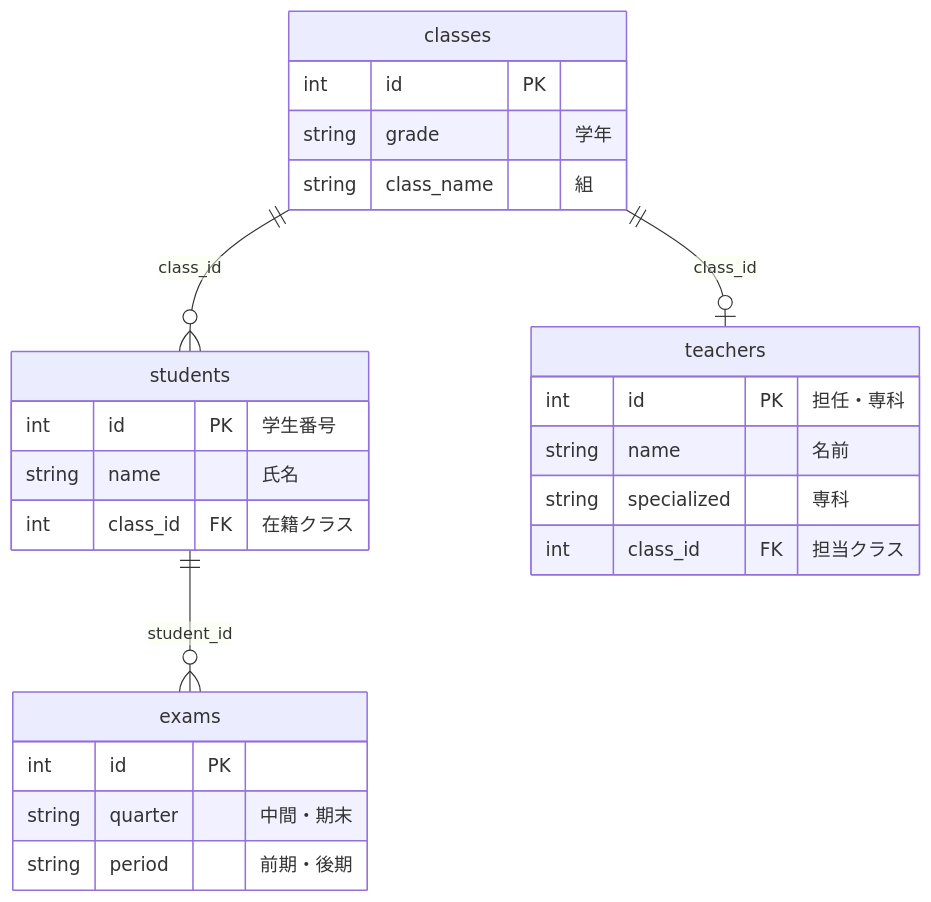
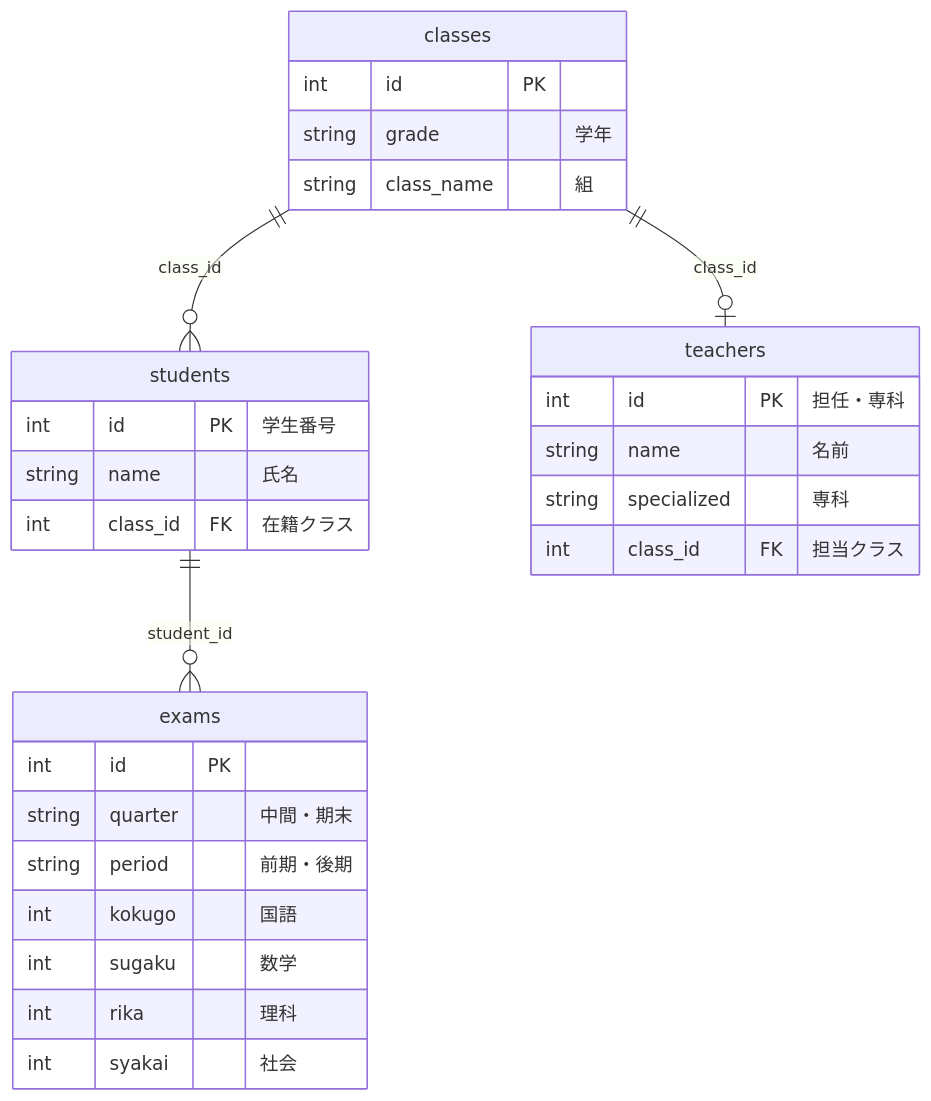
One commit to linuxfirstMint/your-school changed the diagram in grade-management/doc/er_design.mmd. Above: the diagram before and after it, drawn with Mermaid.

Commit message:
doc: examsに教科カラムを追加

```diff
--- a/grade-management/doc/er_design.mmd
+++ b/grade-management/doc/er_design.mmd
@@ -1,35 +1,39 @@
 erDiagram
     classes ||--o{ students : "class_id"
     classes ||--o| teachers : "class_id"
     students ||--o{ exams : "student_id"
 
 %% ||--o{ : 「1対多」
 %% || (左側) : 1側。片側が必ず1つであることを示します（必須）。
 %% o{ (右側) : 多側。0個以上（Zero or Many）であることを示します。
 %% ||--|{ : 1対多かつ、「多側」が1つ以上（One or Many）。 
 
     teachers {
         int id PK "担任・専科"
         string name "名前"
         string specialized "専科"
         int class_id FK "担当クラス"
     }
 
      
     classes {
         int id PK 
         string grade "学年"
         string class_name "組"
     }
 
     students {
         int id PK "学生番号"
         string name "氏名"
         int class_id FK "在籍クラス"
     }
 
     exams {
         int id PK 
         string quarter "中間・期末"
         string period "前期・後期"
+        int kokugo "国語"
+        int sugaku "数学"
+        int rika "理科"
+        int syakai "社会"
     }
```
